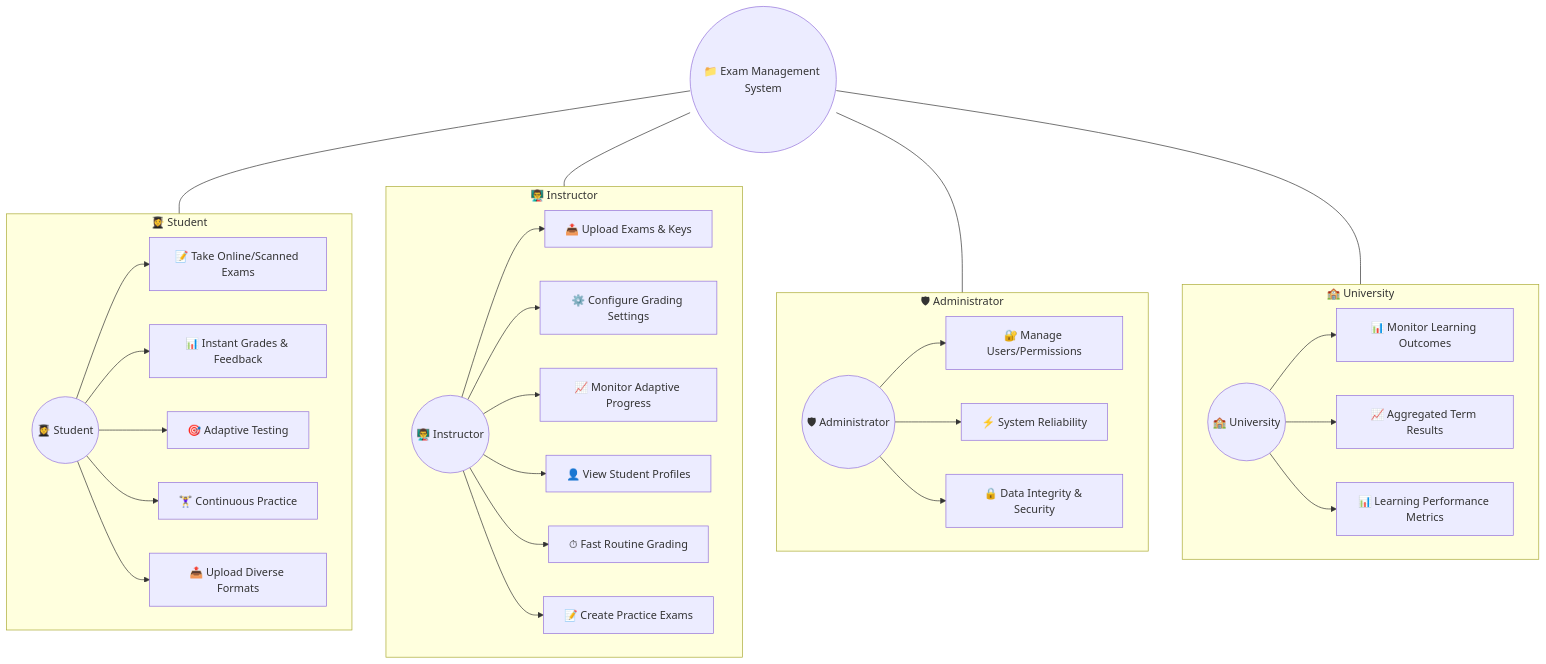
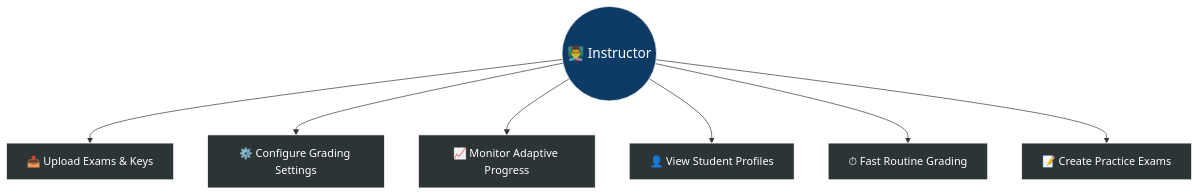
Before and after one commit to oubes/ExamAI: the fifth of 47 diagrams in docs/system_analysis.md, drawn with Mermaid. The commit also changed other lines of this file, not shown here.

First line of the commit message:
chore/system-analysis (#18)

````diff
--- a/docs/system_analysis.md
+++ b/docs/system_analysis.md
@@ -80,39 +103,17 @@
 ```mermaid
-graph TB
-    Root((📁 Exam Management System))
-
-    subgraph Student_Role [👩‍🎓 Student]
-    S((👩‍🎓 Student)) --> S1[📝 Take Online/Scanned Exams]
-    S --> S2[📊 Instant Grades & Feedback]
-    S --> S3[🎯 Adaptive Testing]
-    S --> S4[🏋️‍♀️ Continuous Practice]
-    S --> S5[📤 Upload Diverse Formats]
-    end
-
-    subgraph Instructor_Role [👨‍🏫 Instructor]
+graph TD
     I((👨‍🏫 Instructor)) --> I1[📤 Upload Exams & Keys]
     I --> I2[⚙️ Configure Grading Settings]
     I --> I3[📈 Monitor Adaptive Progress]
     I --> I4[👤 View Student Profiles]
     I --> I5[⏱ Fast Routine Grading]
     I --> I6[📝 Create Practice Exams]
-    end
 
-    subgraph Admin_Role [🛡 Administrator]
-    A((🛡 Administrator)) --> A1[🔐 Manage Users/Permissions]
-    A --> A2[⚡ System Reliability]
-    A --> A3[🔒 Data Integrity & Security]
-    end
-
-    subgraph University_Role [🏫 University]
-    U((🏫 University)) --> U1[📊 Monitor Learning Outcomes]
-    U --> U2[📈 Aggregated Term Results]
-    U --> U3[📊 Learning Performance Metrics]
-    end
-
-    Root --- Student_Role
-    Root --- Instructor_Role
-    Root --- Admin_Role
-    Root --- University_Role
-
+    style I fill:#0D3B66,stroke:#fff,color:#fff,font-size:20px
+    style I1 fill:#2d3436,stroke:#fff,color:#fff
+    style I2 fill:#2d3436,stroke:#fff,color:#fff
+    style I3 fill:#2d3436,stroke:#fff,color:#fff
+    style I4 fill:#2d3436,stroke:#fff,color:#fff
+    style I5 fill:#2d3436,stroke:#fff,color:#fff
+    style I6 fill:#2d3436,stroke:#fff,color:#fff
 ```
````
